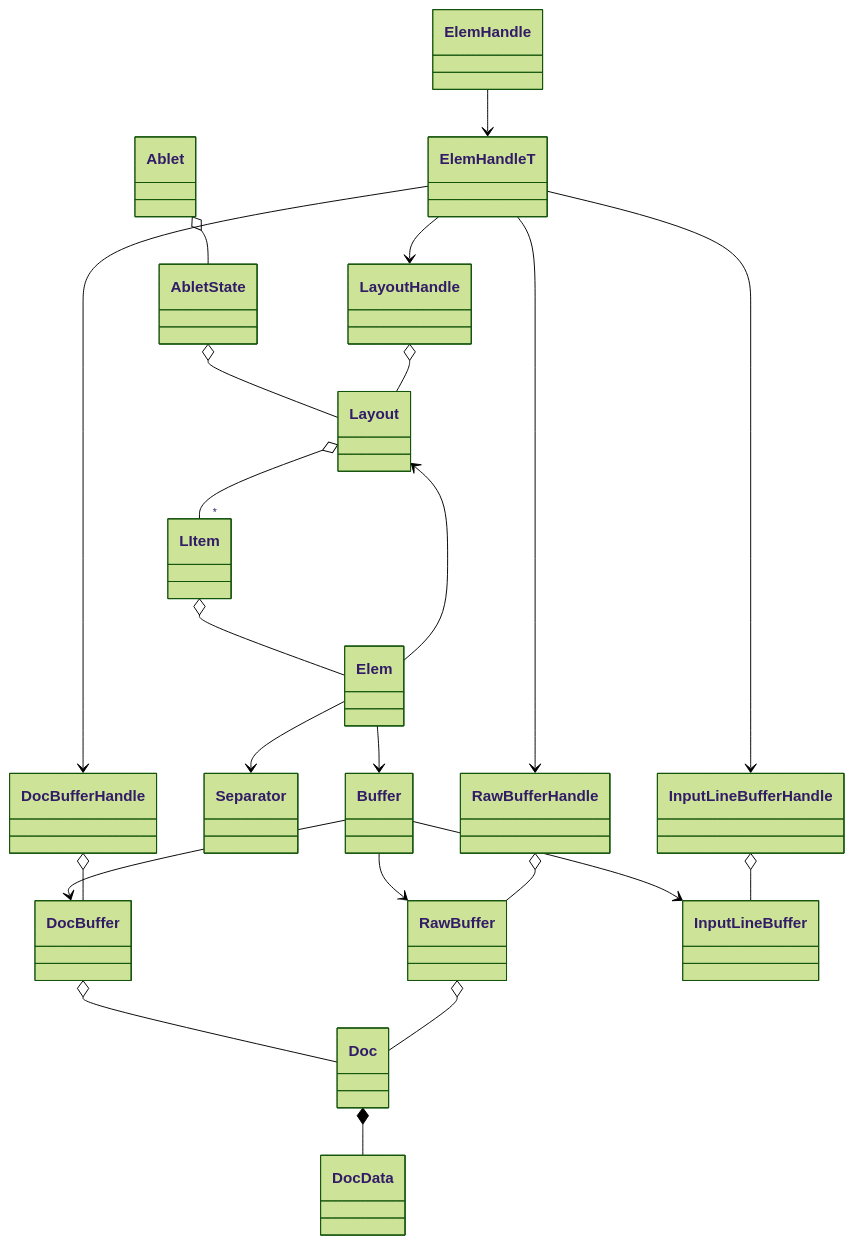
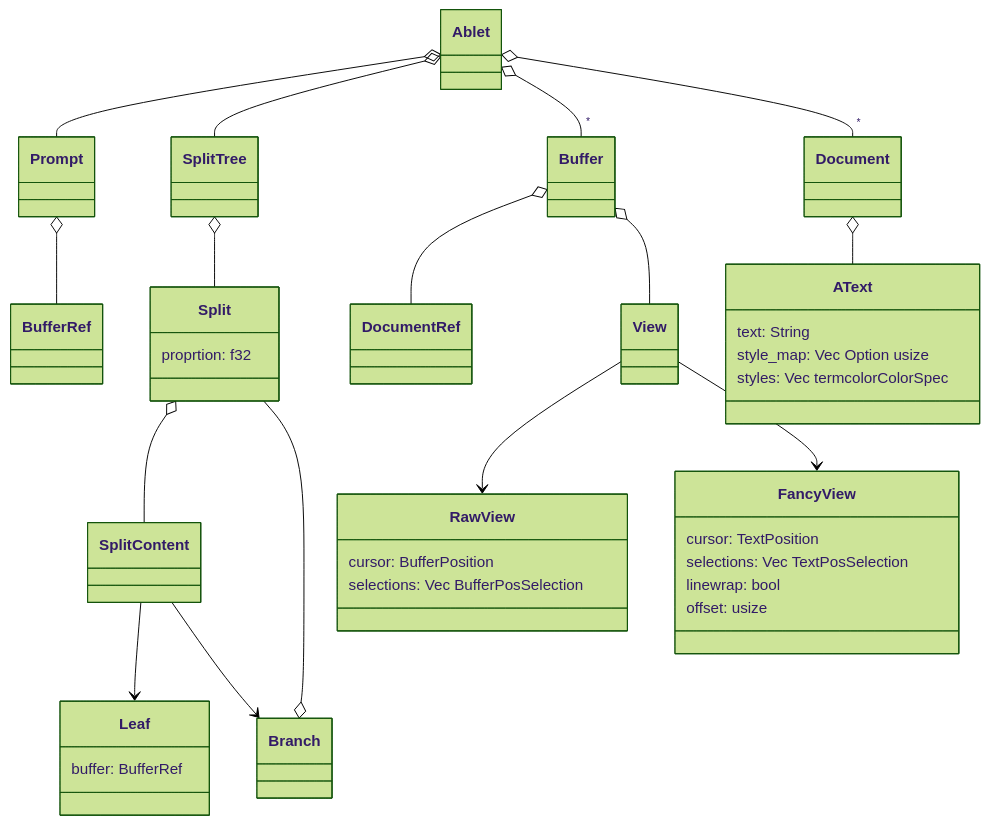
One commit to KnorrFG/Ablet changed the diagram in data_architecture.mmd. Above: the diagram before and after it, drawn with Mermaid (forest theme). The commit also changed other lines of this file and 6 other files, not shown here.

```diff
--- a/data_architecture.mmd
+++ b/data_architecture.mmd
@@ -1,44 +1,47 @@
 classDiagram
-    class Ablet
-    class AbletState
-    class Layout
-    class LItem
-    class Elem
-    class ElemHandleT
-    class Layout
-    class Buffer
-    class Separator
-    class ElemHandle
-    class ElemHandleT
-    class DocBuffer
-    class RawBuffer
-    class InputLineBuffer
-    class Doc
-    class DocData
-    class Separator
+    class Split {
+        proprtion: f32
+    }
 
-    Ablet o-- AbletState
-    AbletState o-- Layout
-    Layout o-- "*" LItem
-    LItem o-- Elem
-    Elem --> Layout
-    Elem --> Buffer
-    Elem --> Separator
-    Buffer --> DocBuffer
-    Buffer --> RawBuffer
-    Buffer --> InputLineBuffer
+    class Leaf {
+        buffer: BufferRef
+    }
 
-    DocBuffer o-- Doc
-    RawBuffer o-- Doc
-    Doc *-- DocData
+    class RawView {
+        cursor: BufferPosition
+        selections: Vec BufferPosSelection
+    }
+        
+    class FancyView {
+        cursor: TextPosition
+        selections: Vec TextPosSelection
+        linewrap: bool
+        offset: usize
+    }
 
-    ElemHandle --> ElemHandleT
-    ElemHandleT --> LayoutHandle
-    ElemHandleT --> DocBufferHandle
-    ElemHandleT --> RawBufferHandle
-    ElemHandleT --> InputLineBufferHandle
+    class AText {
+        text: String
+        style_map: Vec Option usize
+        styles: Vec termcolorColorSpec
+    }
 
-    LayoutHandle o-- Layout
-    DocBufferHandle o-- DocBuffer
-    RawBufferHandle o-- RawBuffer
-    InputLineBufferHandle o-- InputLineBuffer
+    Ablet o-- Prompt
+    Ablet o-- SplitTree
+    Ablet o-- "*" Buffer
+    Ablet o-- "*" Document
+
+    SplitTree o-- Split
+    Split o-- SplitContent
+    SplitContent --> Leaf
+    SplitContent --> Branch
+    Branch o-- Split
+
+    Buffer o-- DocumentRef
+    Buffer o-- View
+
+    View --> RawView
+    View --> FancyView
+
+    Document o-- AText
+
+    Prompt o-- BufferRef
```
